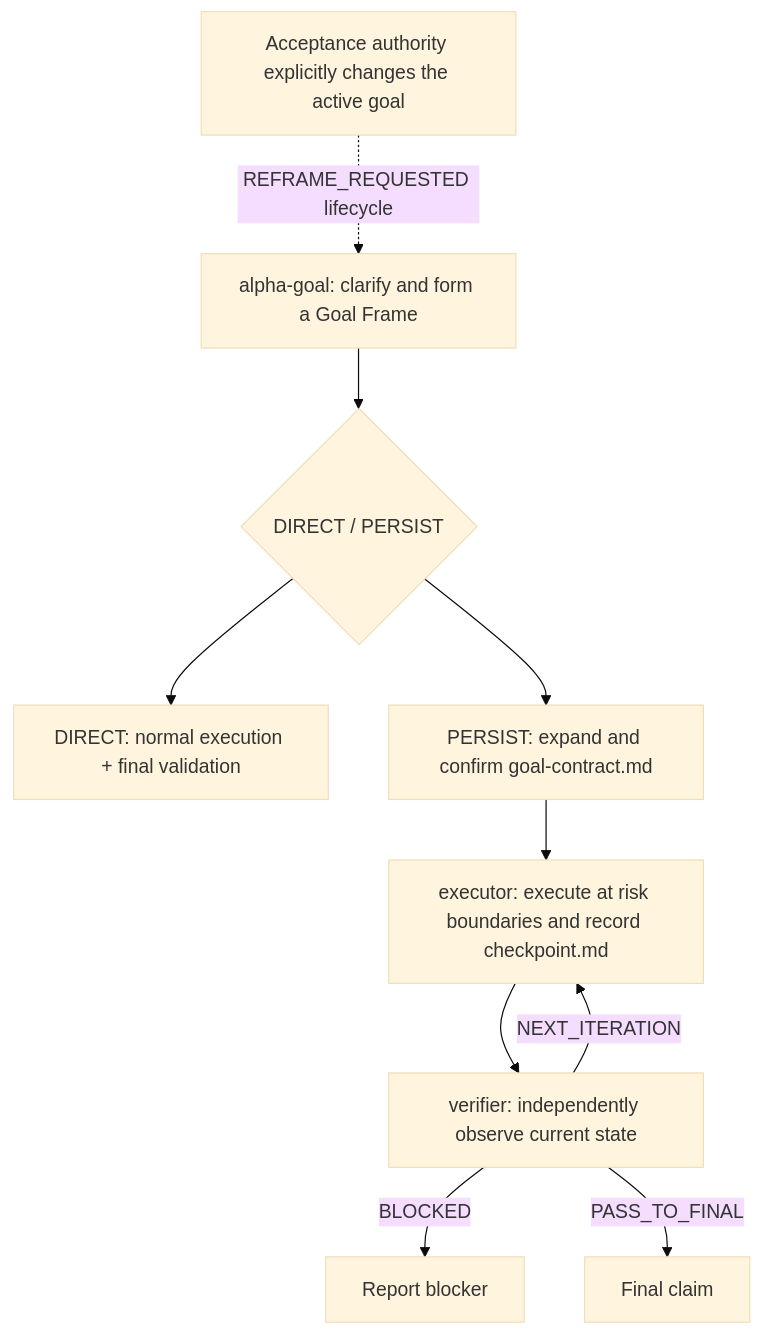
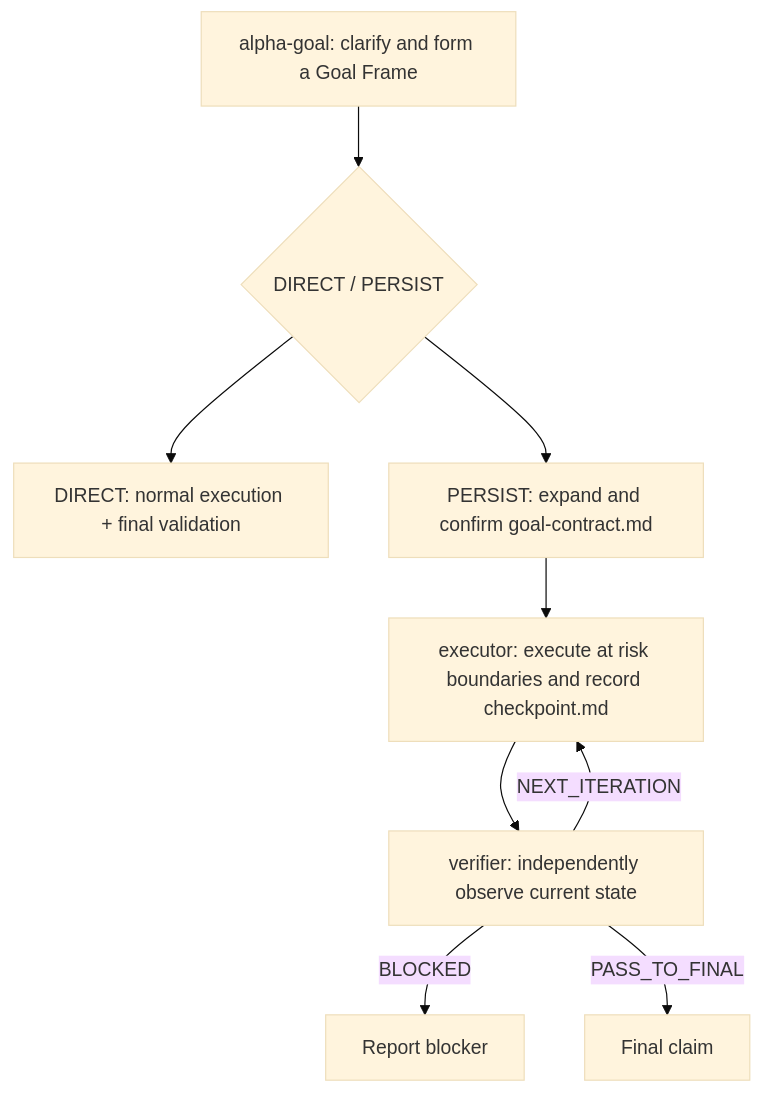
One commit to azhonglee/alpha-goal changed the diagram in README.en.md. Above: the diagram before and after it, drawn with Mermaid (base theme). The commit also changed other lines of this file and 12 other files, not shown here.

Commit message:
Simplify persistent goal lifecycle

````diff
--- a/README.en.md
+++ b/README.en.md
@@ -42,12 +42,11 @@
 ```mermaid
 flowchart TD
   A["alpha-goal: clarify and form a Goal Frame"] --> R{"DIRECT / PERSIST"}
   R --> D["DIRECT: normal execution + final validation"]
   R --> P["PERSIST: expand and confirm goal-contract.md"]
   P --> E["executor: execute at risk boundaries and record checkpoint.md"]
   E --> V["verifier: independently observe current state"]
   V -->|"NEXT_ITERATION"| E
-  G["Acceptance authority explicitly changes the active goal"] -. "REFRAME_REQUESTED lifecycle" .-> A
   V -->|"BLOCKED"| B["Report blocker"]
   V -->|"PASS_TO_FINAL"| F["Final claim"]
 ```
````
